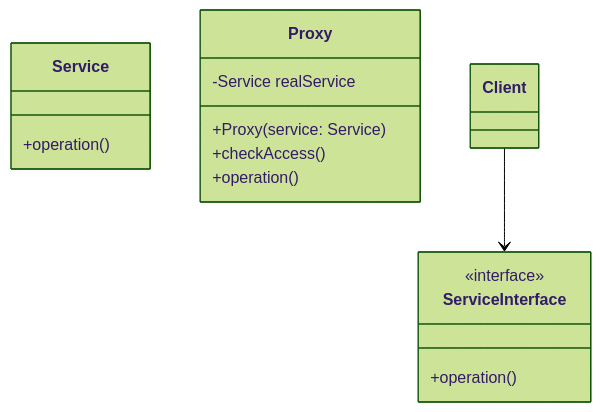
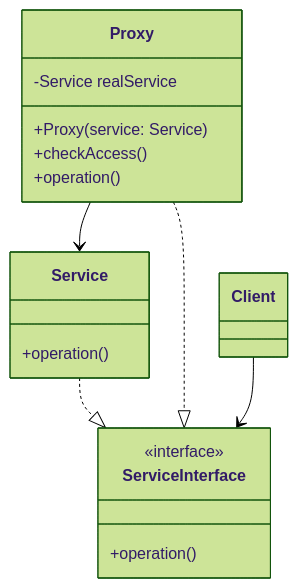
The diagram in content/posts/design-pattern/structural/design-pattern-structural-proxy/index.zh-cn.md (zhonghongfly/CodeGuide), drawn with Mermaid (forest theme) before and after one commit. The commit also changed other lines of this file and 1 other file, not shown here.

```diff
--- a/content/posts/design-pattern/structural/design-pattern-structural-proxy/index.zh-cn.md
+++ b/content/posts/design-pattern/structural/design-pattern-structural-proxy/index.zh-cn.md
@@ -17,21 +17,24 @@
 {{< mermaid >}}
 classDiagram
   class ServiceInterface {
     <<interface>>
     +operation()
   }
 
   class Service {
     +operation()
   }
+  Service ..|> ServiceInterface
 
   class Proxy {
     -Service realService
     +Proxy(service: Service)
     +checkAccess()
     +operation()
   }
+  Proxy ..|> ServiceInterface
+  Proxy --> Service
 
   Class Client
   Client --> ServiceInterface
 {{< /mermaid >}}
```
